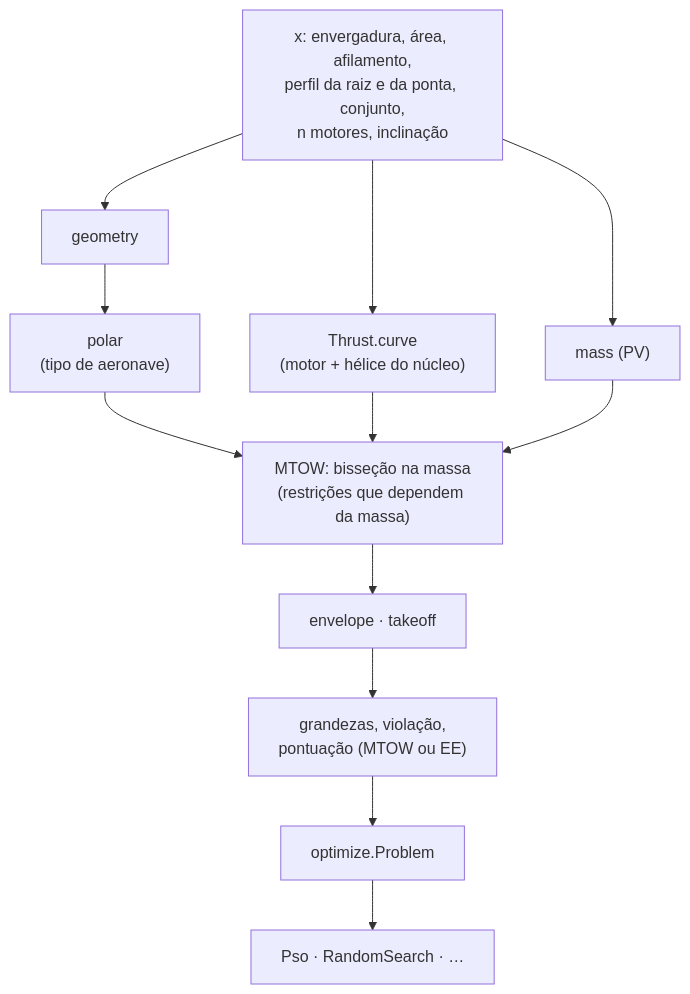
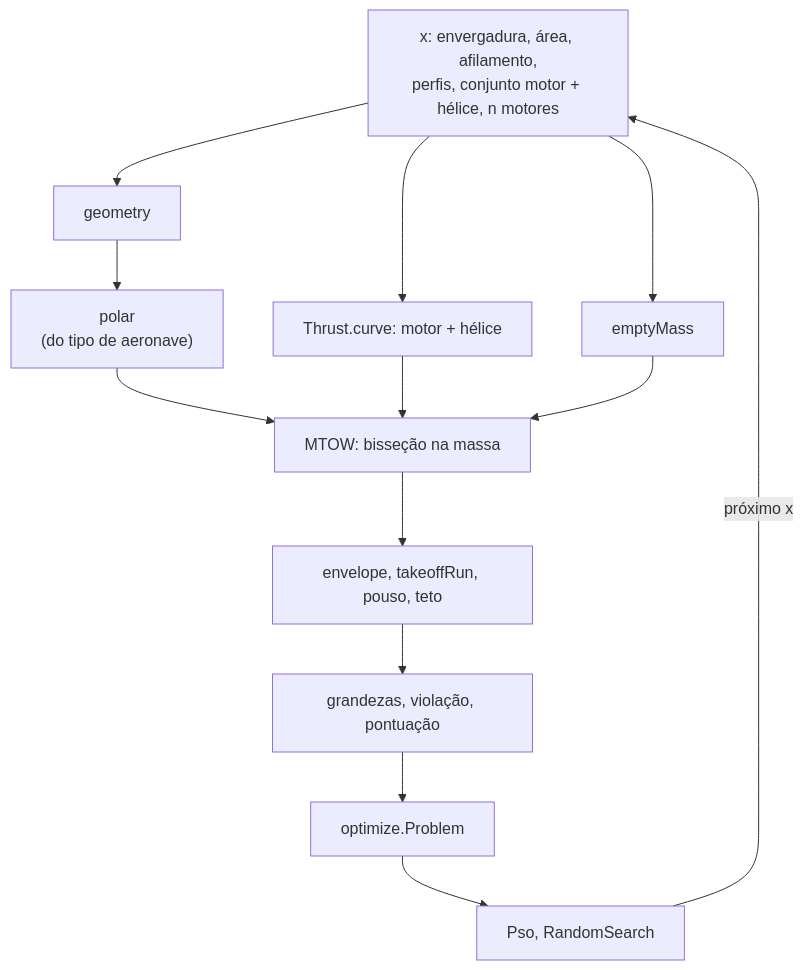
One commit to vitordallolivo/AircraftSimulation changed the diagram in core/src/sizing/README.md. Above: the diagram before and after it, drawn with Mermaid. The commit also changed other lines of this file, not shown here.

````diff
--- a/core/src/sizing/README.md
+++ b/core/src/sizing/README.md
@@ -25,10 +14,10 @@
 ```mermaid
 flowchart TB
-    X["x: envergadura, área, afilamento,<br/>perfil da raiz e da ponta, conjunto,<br/>n motores, inclinação"] --> G["geometry"] --> P["polar<br/>(tipo de aeronave)"]
-    X --> TH["Thrust.curve<br/>(motor + hélice do núcleo)"]
-    P --> MT["MTOW: bisseção na massa<br/>(restrições que dependem da massa)"]
-    TH --> MT
-    MT --> E["envelope · takeoff"] --> O["grandezas, violação,<br/>pontuação (MTOW ou EE)"]
-    X --> M["mass (PV)"] --> MT
-    O --> OPT["optimize.Problem"] --> PSO["Pso · RandomSearch · …"]
+    X["x: envergadura, área, afilamento,<br/>perfis, conjunto motor + hélice, n motores"] --> G["geometry"] --> P["polar<br/>(do tipo de aeronave)"]
+    X --> TH["Thrust.curve: motor + hélice"]
+    X --> M["emptyMass"]
+    P & TH & M --> MT["MTOW: bisseção na massa"]
+    MT --> E["envelope, takeoffRun, pouso, teto"] --> O["grandezas, violação, pontuação"]
+    O --> OPT["optimize.Problem"] --> PSO["Pso, RandomSearch"]
+    PSO -->|"próximo x"| X
 ```
````
